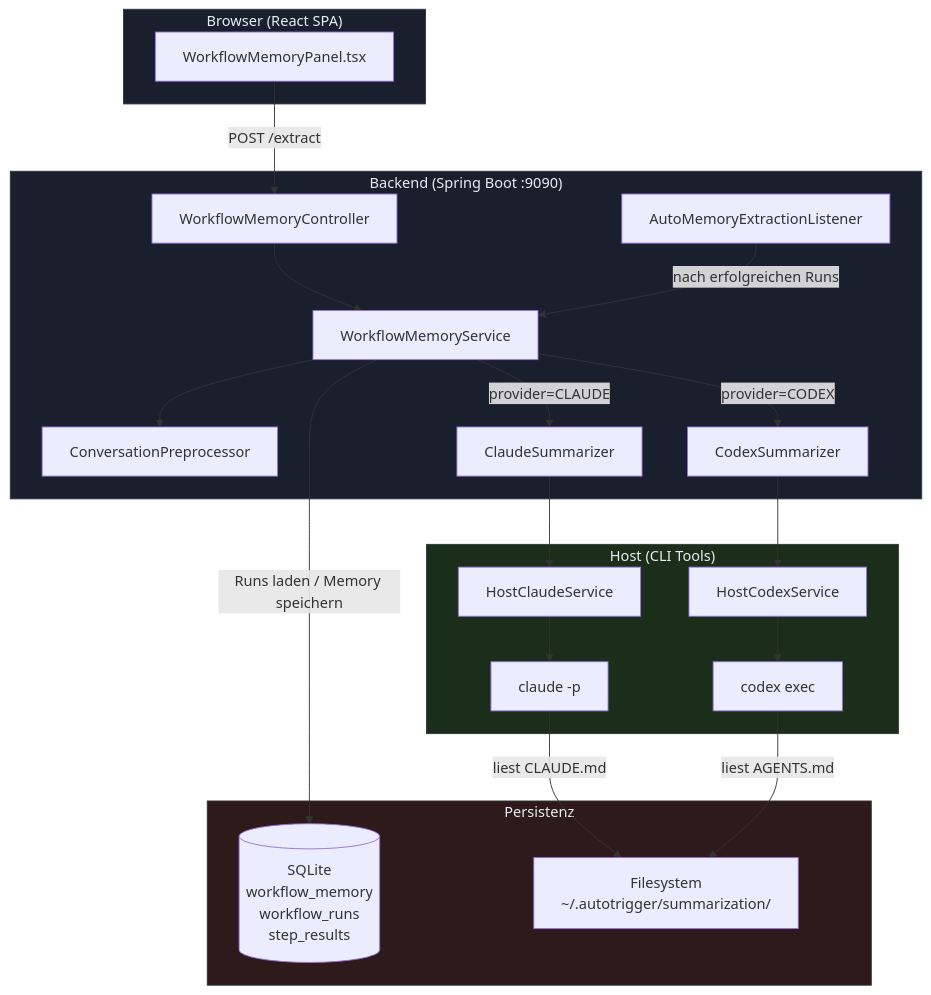
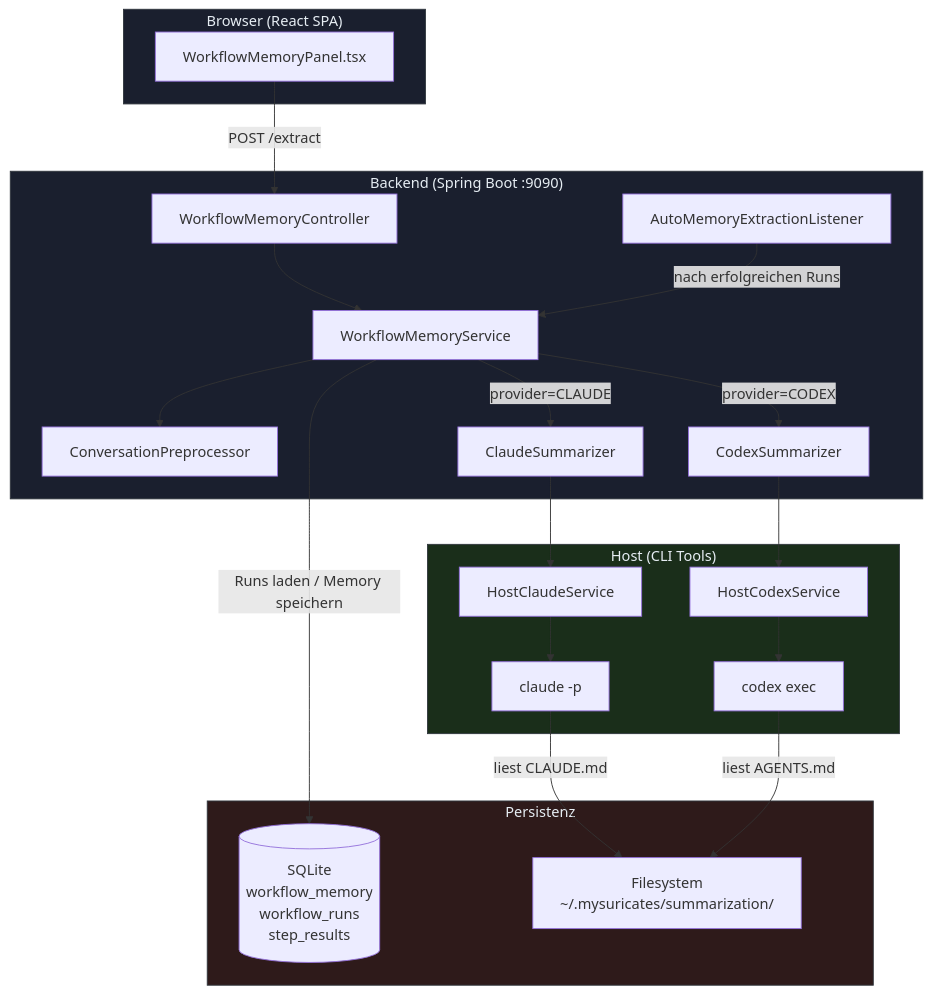
Before and after one commit to FLSEST/MySuricates: the first of 7 diagrams in docs/workflow-memory-diagrams.md, drawn with Mermaid. The commit also changed other lines of this file and 88 other files, not shown here.

First line of the commit message:
refactor: rename autotrigger to MySuricates in the repo, data folder ~/.mysuricates with fallback

````diff
--- a/docs/workflow-memory-diagrams.md
+++ b/docs/workflow-memory-diagrams.md
@@ -9,46 +9,46 @@
 ```mermaid
 graph TB
     subgraph Browser["Browser (React SPA)"]
         WMP["WorkflowMemoryPanel.tsx"]
     end
 
     subgraph Backend["Backend (Spring Boot :9090)"]
         CTRL["WorkflowMemoryController"]
         AML["AutoMemoryExtractionListener"]
         SVC["WorkflowMemoryService"]
         PREP["ConversationPreprocessor"]
         CS["ClaudeSummarizer"]
         CXS["CodexSummarizer"]
     end
 
     subgraph Host["Host (CLI Tools)"]
         HCLAUDE["HostClaudeService"]
         HCODEX["HostCodexService"]
         CLAUDE_CLI["claude -p"]
         CODEX_CLI["codex exec"]
     end
 
     subgraph Storage["Persistenz"]
         DB[("SQLite<br/>workflow_memory<br/>workflow_runs<br/>step_results")]
-        FS["Filesystem<br/>~/.autotrigger/summarization/"]
+        FS["Filesystem<br/>~/.mysuricates/summarization/"]
     end
 
     WMP -->|"POST /extract"| CTRL
     CTRL --> SVC
     AML -->|"nach erfolgreichen Runs"| SVC
     SVC --> PREP
     SVC -->|"provider=CLAUDE"| CS
     SVC -->|"provider=CODEX"| CXS
     CS --> HCLAUDE
     CXS --> HCODEX
     HCLAUDE --> CLAUDE_CLI
     HCODEX --> CODEX_CLI
     SVC -->|"Runs laden / Memory speichern"| DB
     CLAUDE_CLI -->|"liest CLAUDE.md"| FS
     CODEX_CLI -->|"liest AGENTS.md"| FS
 
     style Browser fill:#1a1f2e,stroke:#30363d,color:#e6edf3
     style Backend fill:#1a1f2e,stroke:#30363d,color:#e6edf3
     style Host fill:#1a2e1a,stroke:#30363d,color:#e6edf3
     style Storage fill:#2e1a1a,stroke:#30363d,color:#e6edf3
 ```
````
